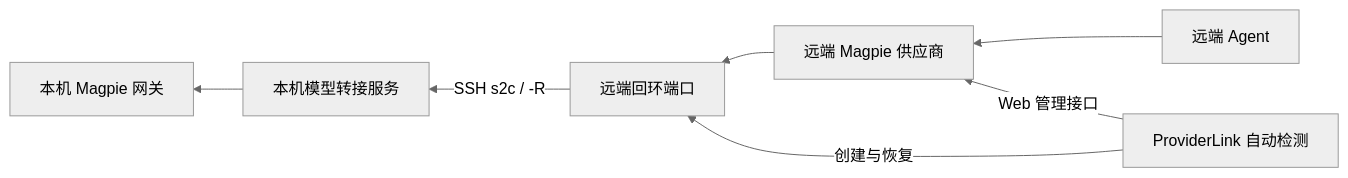
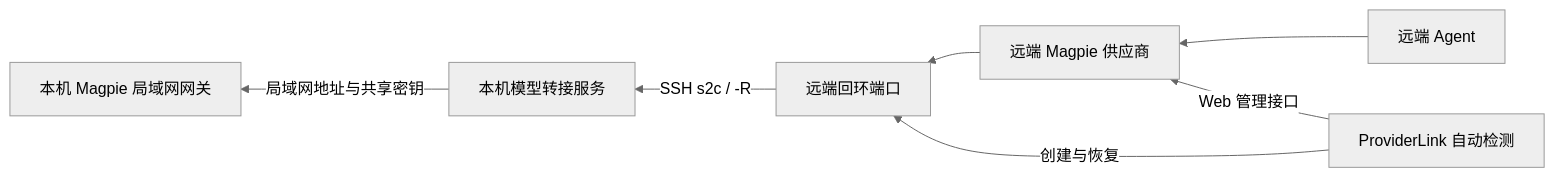
The third of 5 diagrams in docs/architecture.md (zhaoyi2018/magpie-remote), drawn with Mermaid (neutral theme) before and after one commit. The commit also changed other lines of this file and 12 other files, not shown here.

````diff
--- a/docs/architecture.md
+++ b/docs/architecture.md
@@ -101,9 +101,9 @@
 ```mermaid
 flowchart RL
   Agent[远端 Agent] --> Remote[远端 Magpie 供应商]
   Remote --> Listener[远端回环端口]
   Listener -->|SSH s2c / -R| Relay[本机模型转接服务]
-  Relay --> Local[本机 Magpie 网关]
+  Relay -->|局域网地址与共享密钥| Local[本机 Magpie 局域网网关]
   Link[ProviderLink 自动检测] -->|Web 管理接口| Remote
   Link -->|创建与恢复| Listener
 ```
````
